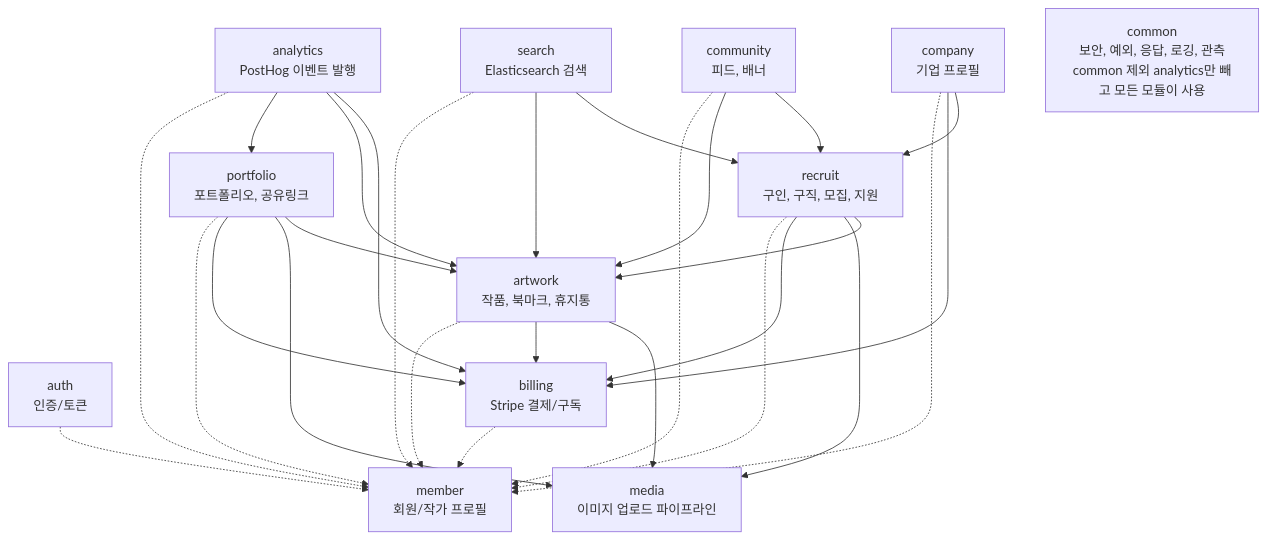
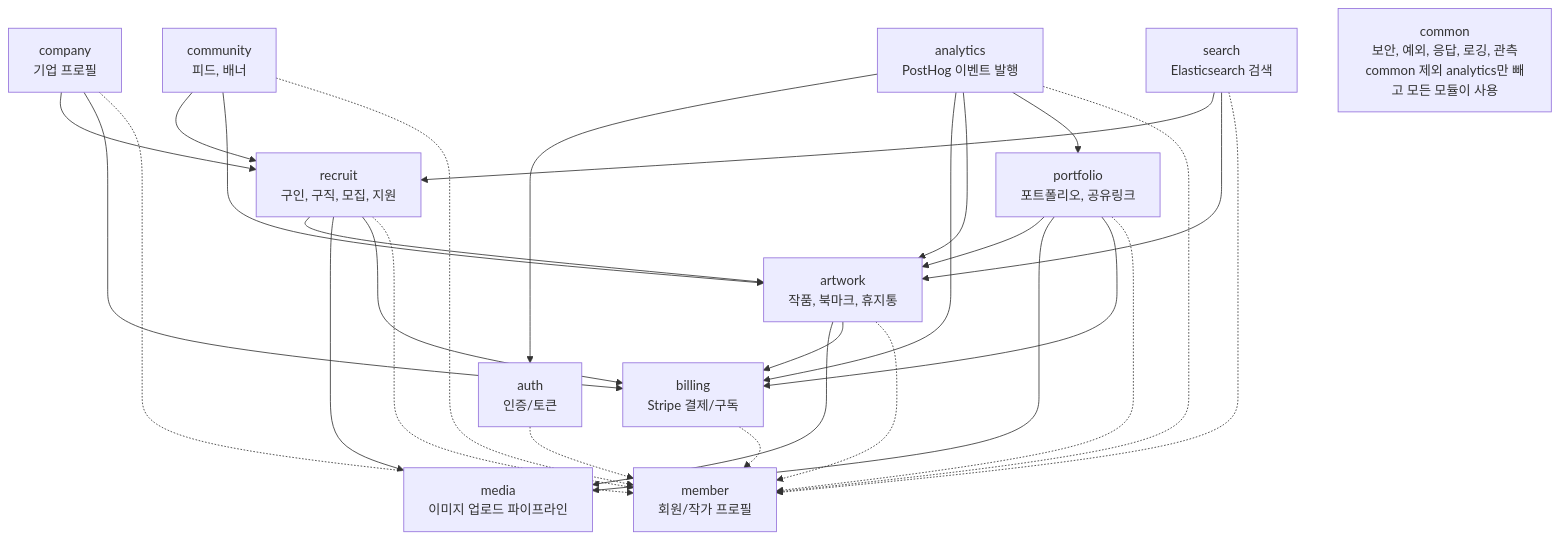
Before and after one commit to pack-in/at-crew-backend: the diagram in docs/assets/modules.mmd, drawn with Mermaid. The commit also changed 1 other file, not shown here.

Commit message:
fix(analytics): modules.mmd에 analytics→auth 의존을 반영한다

```diff
--- a/docs/assets/modules.mmd
+++ b/docs/assets/modules.mmd
@@ -1,47 +1,48 @@
 %% 화살표는 의존 방향(A --> B: A가 B의 공개 API를 호출하거나 B의 이벤트를 구독)이다.
 %% 정본은 ModularStructureTests가 만드는 build/spring-modulith-docs/components.puml이다.
 %% 모듈을 추가하거나 의존이 바뀌면 그 파일의 Rel 목록과 대조해 고친다.
 %% member로 가는 의존은 거의 모든 모듈에 있어 점선(-.->)으로 약하게 그린다.
 graph TD
   auth[auth<br/>인증/토큰]
   company[company<br/>기업 프로필]
   community[community<br/>피드, 배너]
   search[search<br/>Elasticsearch 검색]
   portfolio[portfolio<br/>포트폴리오, 공유링크]
   recruit[recruit<br/>구인, 구직, 모집, 지원]
   artwork[artwork<br/>작품, 북마크, 휴지통]
   billing[billing<br/>Stripe 결제/구독]
   media[media<br/>이미지 업로드 파이프라인]
   member[member<br/>회원/작가 프로필]
   analytics[analytics<br/>PostHog 이벤트 발행]
   common[common<br/>보안, 예외, 응답, 로깅, 관측<br/>common 제외 analytics만 빼고 모든 모듈이 사용]
 
   company --> recruit
   company --> billing
   community --> recruit
   community --> artwork
   search --> recruit
   search --> artwork
   portfolio --> artwork
   portfolio --> media
   portfolio --> billing
   recruit --> artwork
   recruit --> media
   recruit --> billing
   artwork --> media
   artwork --> billing
+  analytics --> auth
   analytics --> billing
   analytics --> artwork
   analytics --> portfolio
   %% media를 billing 아래 층에 둬 두 모듈 사이에서 선이 교차하지 않게 한다(보이지 않는 선).
   billing ~~~ media
 
   auth -.-> member
   company -.-> member
   community -.-> member
   search -.-> member
   portfolio -.-> member
   recruit -.-> member
   artwork -.-> member
   billing -.-> member
   analytics -.-> member
```
